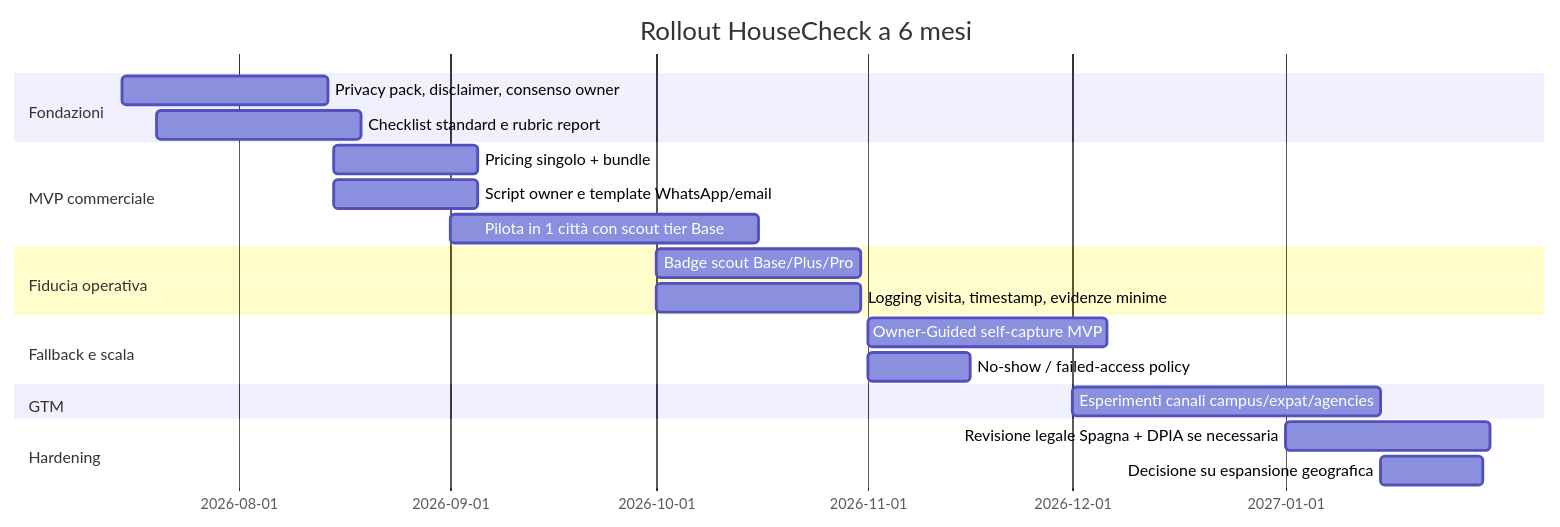
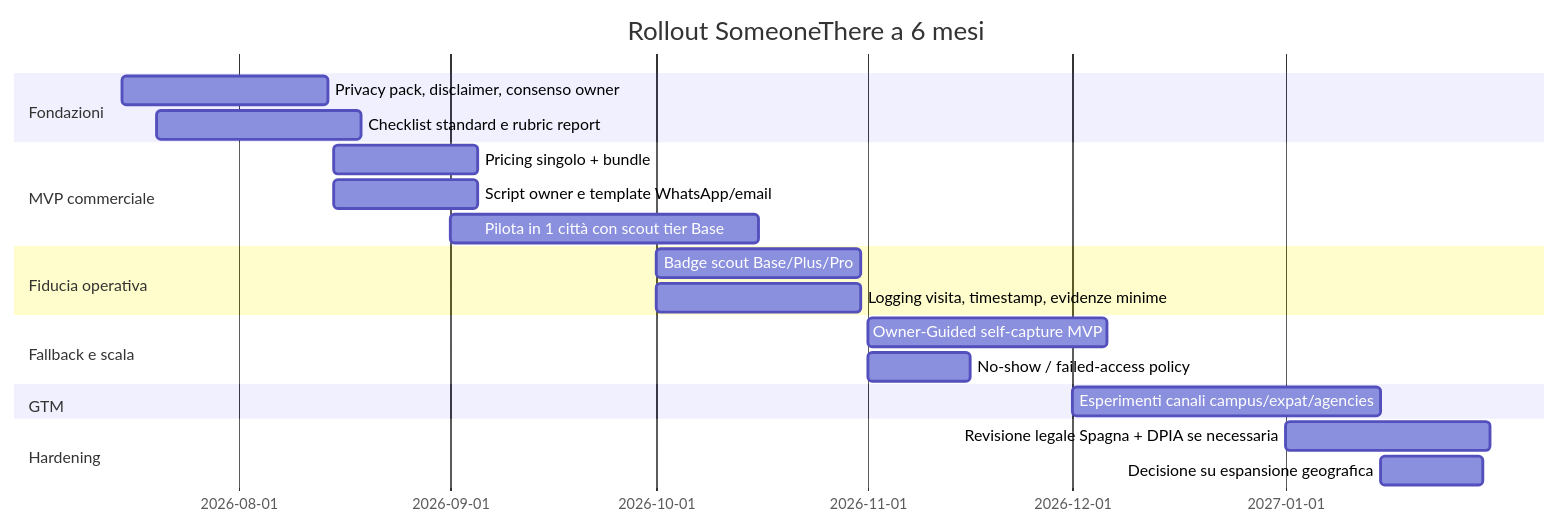
One commit to alegosto01/SomeoneThere changed the third of 3 diagrams in gander_wegolook_deep_research.md. Above: the diagram before and after it, drawn with Mermaid. The commit also changed other lines of this file and 116 other files, not shown here.

First line of the commit message:
chore: rename project HouseCheck -> SomeoneThere

````diff
--- a/gander_wegolook_deep_research.md
+++ b/gander_wegolook_deep_research.md
@@ -177,23 +177,23 @@
 ```mermaid
 gantt
-    title Rollout HouseCheck a 6 mesi
+    title Rollout SomeoneThere a 6 mesi
     dateFormat  YYYY-MM-DD
     section Fondazioni
     Privacy pack, disclaimer, consenso owner        :a1, 2026-07-15, 30d
     Checklist standard e rubric report              :a2, 2026-07-20, 30d
     section MVP commerciale
     Pricing singolo + bundle                        :b1, 2026-08-15, 21d
     Script owner e template WhatsApp/email          :b2, 2026-08-15, 21d
     Pilota in 1 città con scout tier Base           :b3, 2026-09-01, 45d
     section Fiducia operativa
     Badge scout Base/Plus/Pro                       :c1, 2026-10-01, 30d
     Logging visita, timestamp, evidenze minime      :c2, 2026-10-01, 30d
     section Fallback e scala
     Owner-Guided self-capture MVP                   :d1, 2026-11-01, 35d
     No-show / failed-access policy                  :d2, 2026-11-01, 15d
     section GTM
     Esperimenti canali campus/expat/agencies        :e1, 2026-12-01, 45d
     section Hardening
     Revisione legale Spagna + DPIA se necessaria    :f1, 2027-01-01, 30d
     Decisione su espansione geografica              :f2, 2027-01-15, 15d
 ```
````
